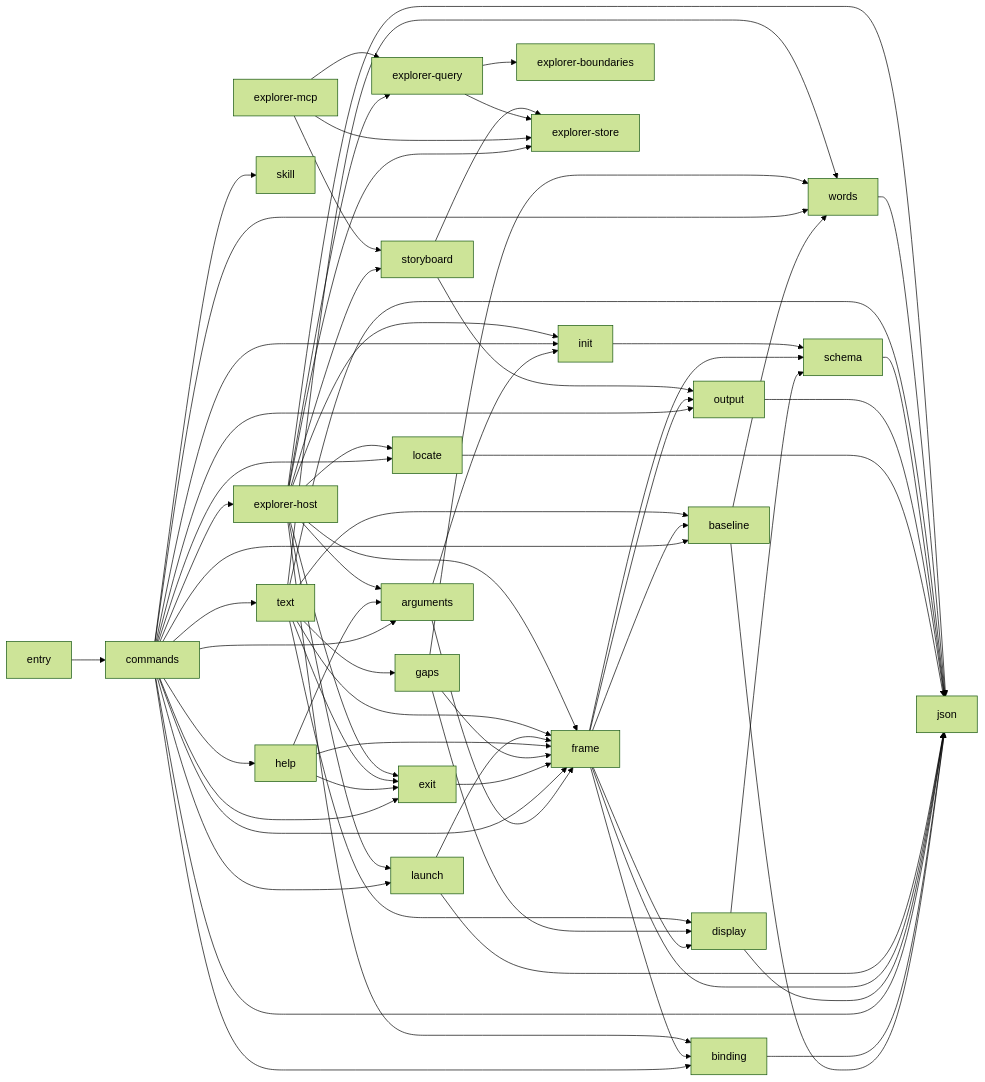
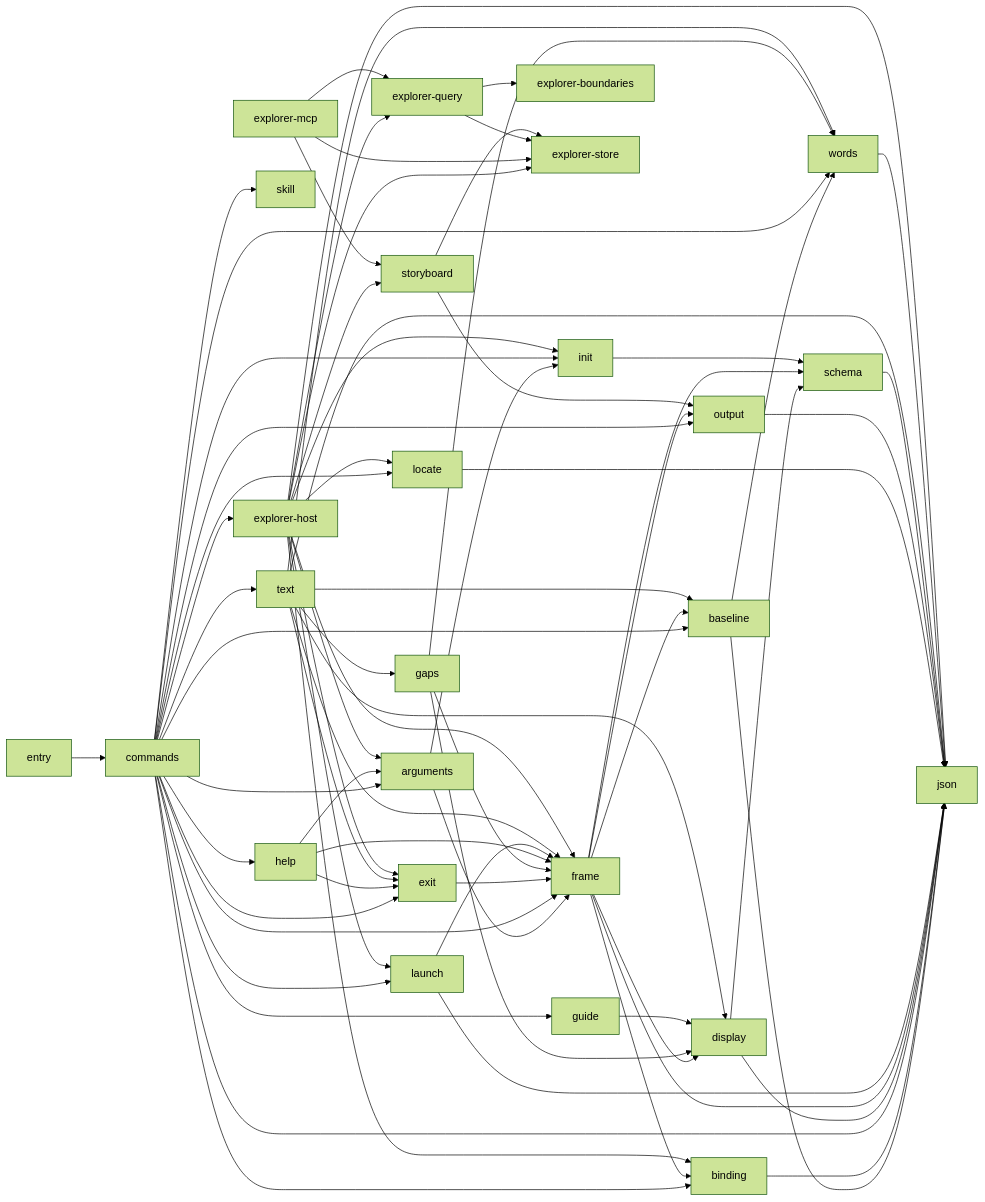
The diagram in docs/architecture/shell.md (rapiddweller/archkeel), drawn with Mermaid (forest theme) before and after one commit. The commit also changed other lines of this file and 8 other files, not shown here.

````diff
--- a/docs/architecture/shell.md
+++ b/docs/architecture/shell.md
@@ -63,27 +64,28 @@
     n_6["exit"]
     n_7["frame"]
     n_8["gaps"]
-    n_9["help"]
-    n_10["init"]
-    n_11["json"]
-    n_12["launch"]
-    n_13["locate"]
-    n_14["output"]
-    n_15["schema"]
-    n_16["skill"]
-    n_17["text"]
-    n_18["words"]
-    n_19["explorer-boundaries"]
-    n_20["explorer-host"]
-    n_21["explorer-mcp"]
-    n_22["explorer-query"]
-    n_23["explorer-store"]
-    n_24["storyboard"]
+    n_9["guide"]
+    n_10["help"]
+    n_11["init"]
+    n_12["json"]
+    n_13["launch"]
+    n_14["locate"]
+    n_15["output"]
+    n_16["schema"]
+    n_17["skill"]
+    n_18["text"]
+    n_19["words"]
+    n_20["explorer-boundaries"]
+    n_21["explorer-host"]
+    n_22["explorer-mcp"]
+    n_23["explorer-query"]
+    n_24["explorer-store"]
+    n_25["storyboard"]
     n_0 --> n_7
-    n_0 --> n_10
-    n_1 --> n_11
-    n_1 --> n_18
-    n_2 --> n_11
+    n_0 --> n_11
+    n_1 --> n_12
+    n_1 --> n_19
+    n_2 --> n_12
     n_3 --> n_0
     n_3 --> n_1
     n_3 --> n_2
@@ -95,56 +97,58 @@
     n_3 --> n_12
     n_3 --> n_13
     n_3 --> n_14
-    n_3 --> n_16
+    n_3 --> n_15
     n_3 --> n_17
     n_3 --> n_18
-    n_3 --> n_20
-    n_4 --> n_11
-    n_4 --> n_15
+    n_3 --> n_19
+    n_3 --> n_21
+    n_4 --> n_12
+    n_4 --> n_16
     n_5 --> n_3
     n_6 --> n_7
     n_7 --> n_1
     n_7 --> n_2
     n_7 --> n_4
-    n_7 --> n_11
-    n_7 --> n_14
+    n_7 --> n_12
     n_7 --> n_15
+    n_7 --> n_16
     n_8 --> n_4
     n_8 --> n_7
-    n_8 --> n_18
-    n_9 --> n_0
-    n_9 --> n_6
-    n_9 --> n_7
-    n_10 --> n_15
-    n_12 --> n_7
-    n_12 --> n_11
-    n_13 --> n_11
-    n_14 --> n_11
-    n_15 --> n_11
-    n_17 --> n_1
-    n_17 --> n_4
-    n_17 --> n_6
-    n_17 --> n_7
-    n_17 --> n_8
-    n_17 --> n_11
-    n_17 --> n_18
-    n_18 --> n_11
-    n_20 --> n_0
-    n_20 --> n_2
-    n_20 --> n_6
-    n_20 --> n_7
-    n_20 --> n_10
-    n_20 --> n_11
-    n_20 --> n_12
-    n_20 --> n_13
-    n_20 --> n_22
-    n_20 --> n_23
-    n_21 --> n_22
+    n_8 --> n_19
+    n_9 --> n_4
+    n_10 --> n_0
+    n_10 --> n_6
+    n_10 --> n_7
+    n_11 --> n_16
+    n_13 --> n_7
+    n_13 --> n_12
+    n_14 --> n_12
+    n_15 --> n_12
+    n_16 --> n_12
+    n_18 --> n_1
+    n_18 --> n_4
+    n_18 --> n_6
+    n_18 --> n_7
+    n_18 --> n_8
+    n_18 --> n_12
+    n_18 --> n_19
+    n_19 --> n_12
+    n_21 --> n_0
+    n_21 --> n_2
+    n_21 --> n_6
+    n_21 --> n_7
+    n_21 --> n_11
+    n_21 --> n_12
+    n_21 --> n_13
+    n_21 --> n_14
     n_21 --> n_23
-    n_22 --> n_19
+    n_21 --> n_24
+    n_21 --> n_25
     n_22 --> n_23
-    n_20 --> n_24
-    n_21 --> n_24
-    n_24 --> n_14
-    n_24 --> n_23
+    n_22 --> n_24
+    n_22 --> n_25
+    n_23 --> n_20
+    n_23 --> n_24
+    n_25 --> n_15
+    n_25 --> n_24
 ```
````
